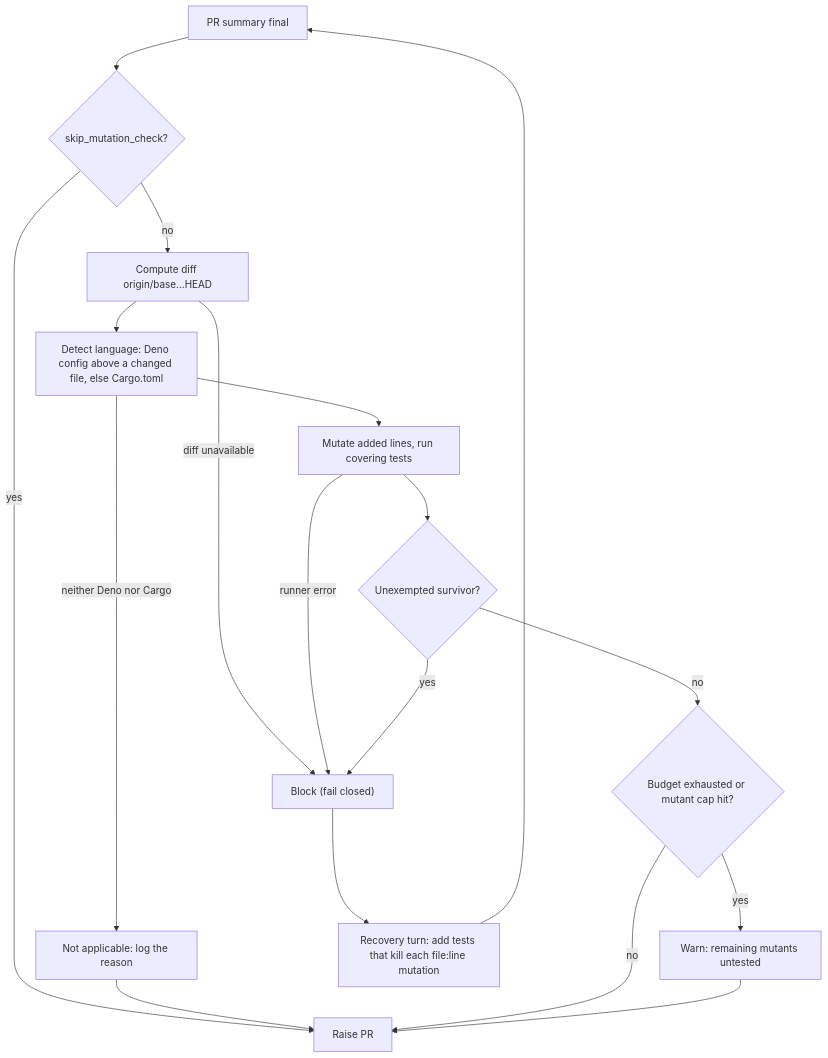
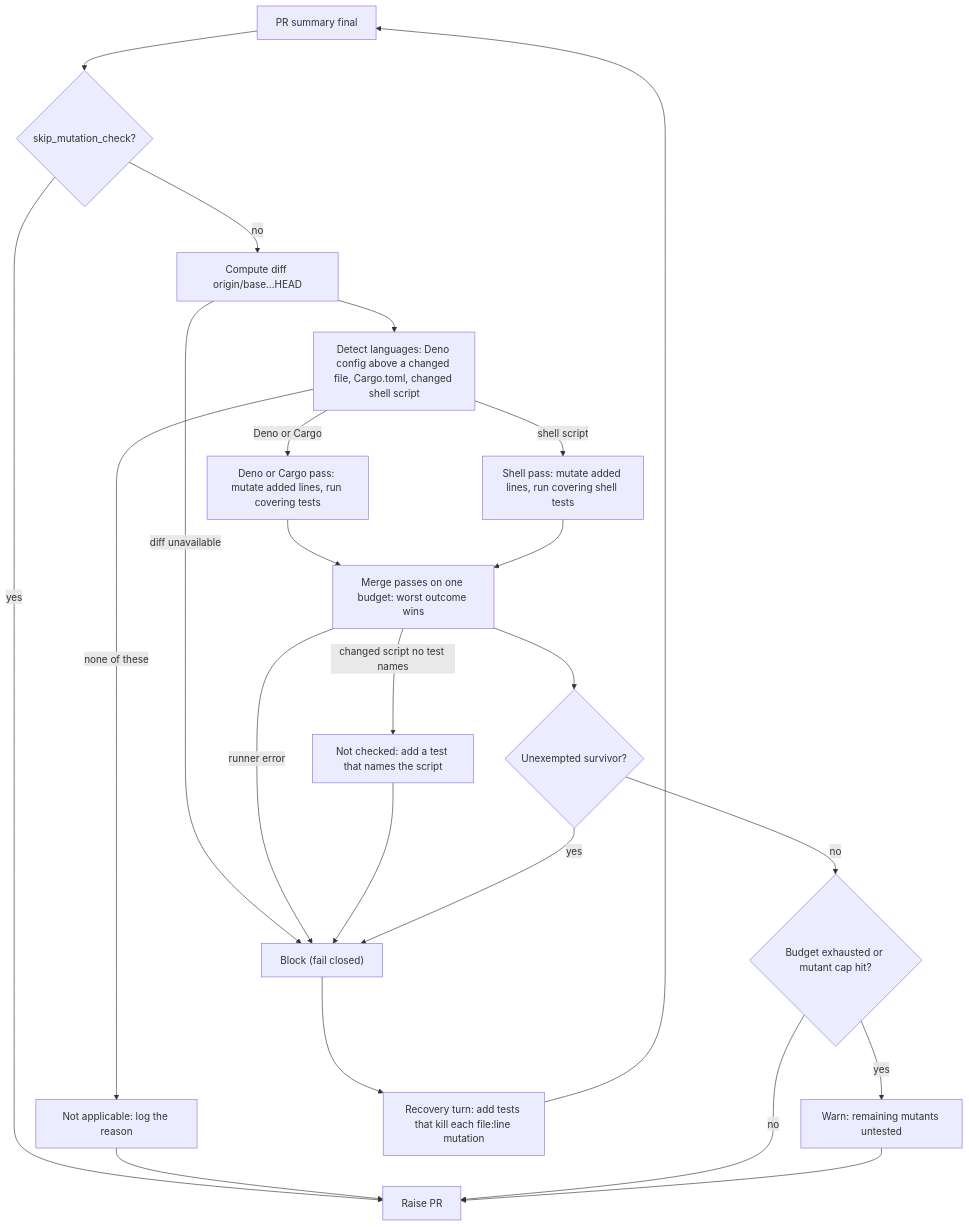
One commit to stSoftwareAU/VibeCoder changed the first of 2 diagrams in docs/mutation-check.md. Above: the diagram before and after it, drawn with Mermaid. The commit also changed other lines of this file and 2 other files, not shown here.

````diff
--- a/docs/mutation-check.md
+++ b/docs/mutation-check.md
@@ -27,20 +27,25 @@
 ```mermaid
 flowchart TD
     A["PR summary final"] --> B{"skip_mutation_check?"}
     B -- yes --> Z["Raise PR"]
     B -- no --> D["Compute diff origin/base...HEAD"]
     D -- "diff unavailable" --> X["Block (fail closed)"]
-    D --> C["Detect language: Deno config above a changed file, else Cargo.toml"]
-    C -- "neither Deno nor Cargo" --> N["Not applicable: log the reason"]
+    D --> C["Detect languages: Deno config above a changed file, Cargo.toml, changed shell script"]
+    C -- "none of these" --> N["Not applicable: log the reason"]
     N --> Z
-    C --> E["Mutate added lines, run covering tests"]
-    E -- "runner error" --> X
-    E --> F{"Unexempted survivor?"}
+    C -- "Deno or Cargo" --> E["Deno or Cargo pass: mutate added lines, run covering tests"]
+    C -- "shell script" --> S["Shell pass: mutate added lines, run covering shell tests"]
+    E --> M["Merge passes on one budget: worst outcome wins"]
+    S --> M
+    M -- "runner error" --> X
+    M -- "changed script no test names" --> K["Not checked: add a test that names the script"]
+    K --> X
+    M --> F{"Unexempted survivor?"}
     F -- yes --> X
     F -- no --> G{"Budget exhausted or mutant cap hit?"}
     G -- yes --> W["Warn: remaining mutants untested"]
     G -- no --> Z
     W --> Z
     X --> R["Recovery turn: add tests that kill each file:line mutation"]
     R --> A
 ```
````
